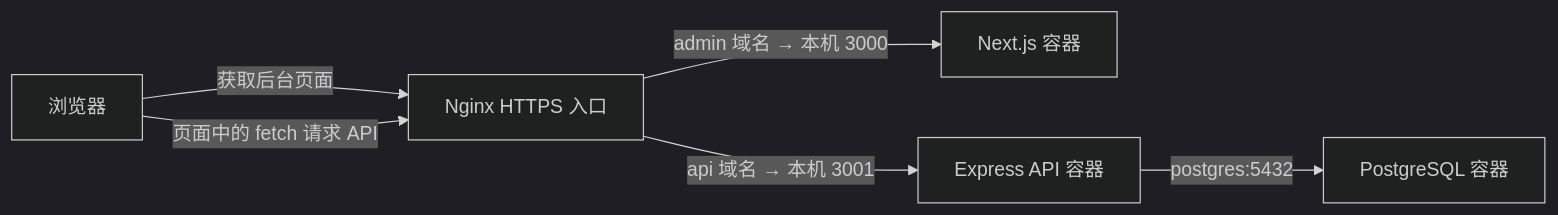
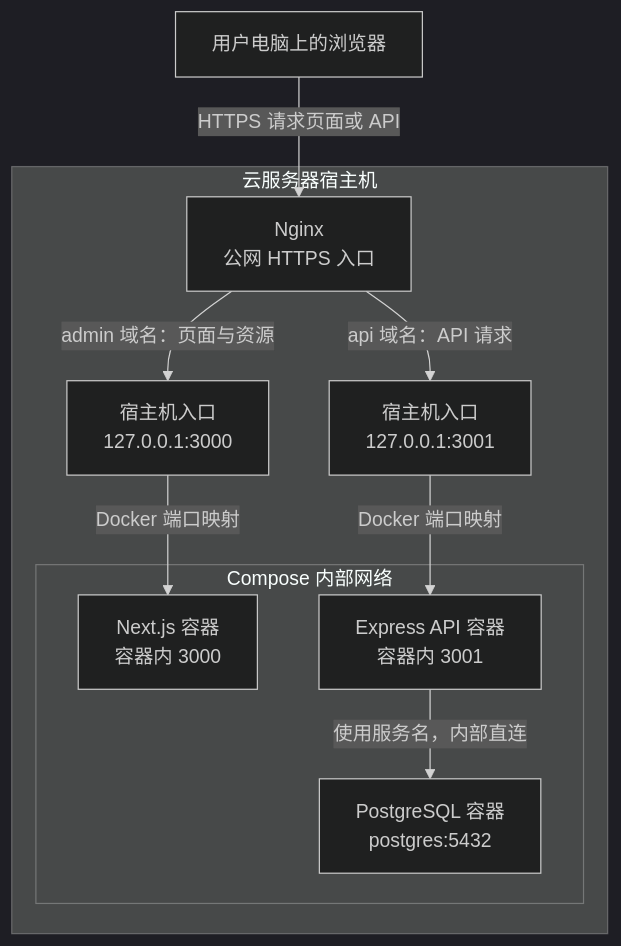
Before and after one commit to jiajianhui/learning-notes: the diagram in backend/node-network-foundations/08-把本地原理带到线上排错.md, drawn with Mermaid (dark theme). The commit also changed other lines of this file and 6 other files, not shown here.

Commit message:
docs: 完善Node与网络基础巩固图示; 由AI提交🌟

````diff
--- a/backend/node-network-foundations/08-把本地原理带到线上排错.md
+++ b/backend/node-network-foundations/08-把本地原理带到线上排错.md
@@ -11,8 +11,20 @@
 ```mermaid
-flowchart LR
-    B[浏览器] -->|获取后台页面| N[Nginx HTTPS 入口]
-    B -->|页面中的 fetch 请求 API| N
-    N -->|admin 域名 → 本机 3000| W[Next.js 容器]
-    N -->|api 域名 → 本机 3001| A[Express API 容器]
-    A -->|postgres:5432| D[PostgreSQL 容器]
+flowchart TD
+    B["用户电脑上的浏览器"]
+    subgraph Host["云服务器宿主机"]
+        N["Nginx<br/>公网 HTTPS 入口"]
+        WPort["宿主机入口<br/>127.0.0.1:3000"]
+        APort["宿主机入口<br/>127.0.0.1:3001"]
+        subgraph Network["Compose 内部网络"]
+            W["Next.js 容器<br/>容器内 3000"]
+            A["Express API 容器<br/>容器内 3001"]
+            D["PostgreSQL 容器<br/>postgres:5432"]
+        end
+        N -->|admin 域名：页面与资源| WPort
+        N -->|api 域名：API 请求| APort
+        WPort -->|Docker 端口映射| W
+        APort -->|Docker 端口映射| A
+        A -->|使用服务名，内部直连| D
+    end
+    B -->|HTTPS 请求页面或 API| N
 ```
````
